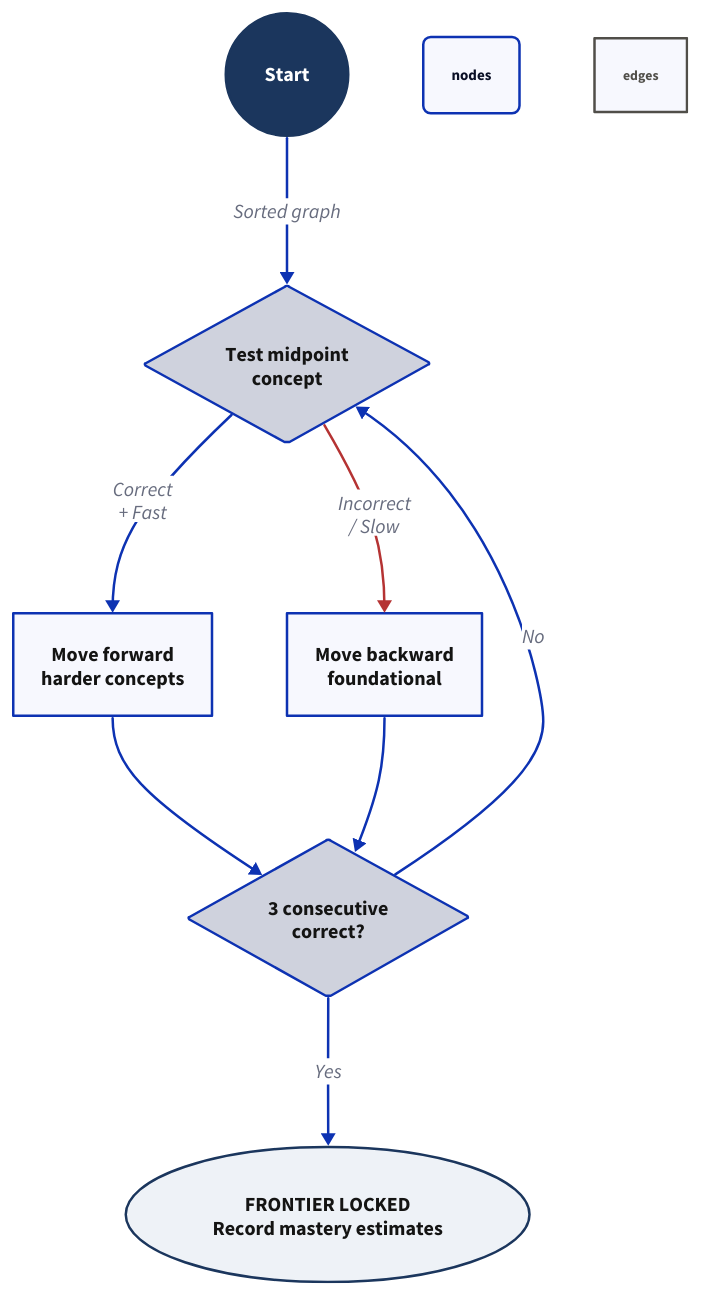
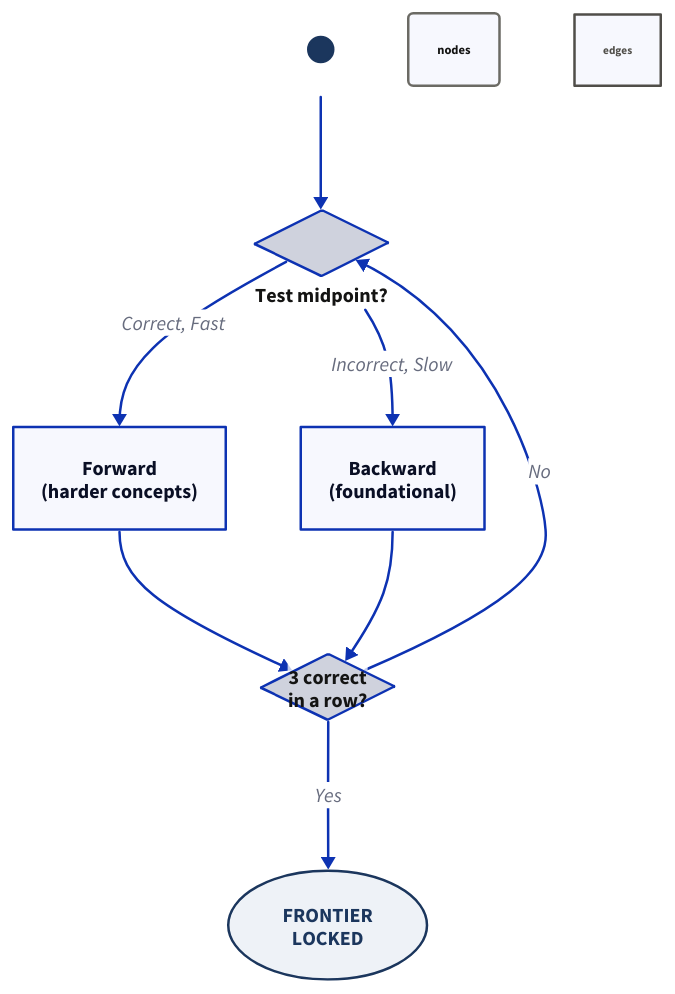
The diagram in web/next-app/diagrams/cat-diagnostic.d2 (chuma-beep/mathua), drawn with D2 before and after one commit. The commit also changed 4 other files, not shown here.

Commit message:
shrink CAT diagnostic diagram — 75% scale, shorter labels, mono font

```diff
--- a/web/next-app/diagrams/cat-diagnostic.d2
+++ b/web/next-app/diagrams/cat-diagnostic.d2
@@ -1,76 +1,74 @@
 # CAT Diagnostic — Binary search frontier detection
+style.font: mono
 
 Start: {
   shape: circle
-  label: Start
+  width: 20
+  height: 20
   style: {
     fill: "#1B365D"
     font-color: "#ffffff"
     stroke: "#1B365D"
   }
 }
 
-Start -> Midpoint: Sorted graph
+Start -> Midpoint
 
-Midpoint: Test midpoint\nconcept {
+Midpoint: Test midpoint? {
   shape: diamond
+  width: 105
+  height: 52
   style: {
     font-color: "#141413"
   }
 }
 
-Midpoint -> Forward: "Correct\n+ Fast"
+Midpoint -> Forward: "Correct, Fast"
 
-Forward: Move forward\nharder concepts {
+Forward: Forward\n(harder concepts)
+
+Midpoint -> Backward: "Incorrect, Slow"
+
+Backward: Backward\n(foundational)
+
+Forward -> Check
+Backward -> Check
+
+Check: 3 correct\nin a row? {
+  shape: diamond
+  width: 105
+  height: 52
   style: {
     font-color: "#141413"
   }
 }
 
-Midpoint -> Backward: "Incorrect\n/ Slow" {
-  style.stroke: "#B53333"
-}
+Check -> Locked: Yes
 
-Backward: Move backward\nfoundational {
-  style: {
-    font-color: "#141413"
-  }
-}
-
-Forward -> Check
-Backward -> Check
-
-Check: 3 consecutive\ncorrect? {
-  shape: diamond
-  style: {
-    font-color: "#141413"
-  }
-}
-
-Check -> Locked: "Yes"
-
-Locked: FRONTIER LOCKED\nRecord mastery estimates {
+Locked: FRONTIER\nLOCKED {
   shape: oval
   style: {
     fill: "#EEF2F7"
-    font-color: "#141413"
+    font-color: "#1B365D"
     stroke: "#1B365D"
   }
 }
 
-Check -> Midpoint: "No"
+Check -> Midpoint: No
 
 nodes: {
   style: {
-    font-size: 12
-    border-radius: 6
+    font-size: 10
+    border-radius: 4
+    stroke: "#6b6a64"
+    font-color: "#141413"
   }
 }
 
 edges: {
   style: {
     stroke: "#504e49"
-    font-size: 11
+    font-size: 9
     font-color: "#504e49"
   }
 }
```
